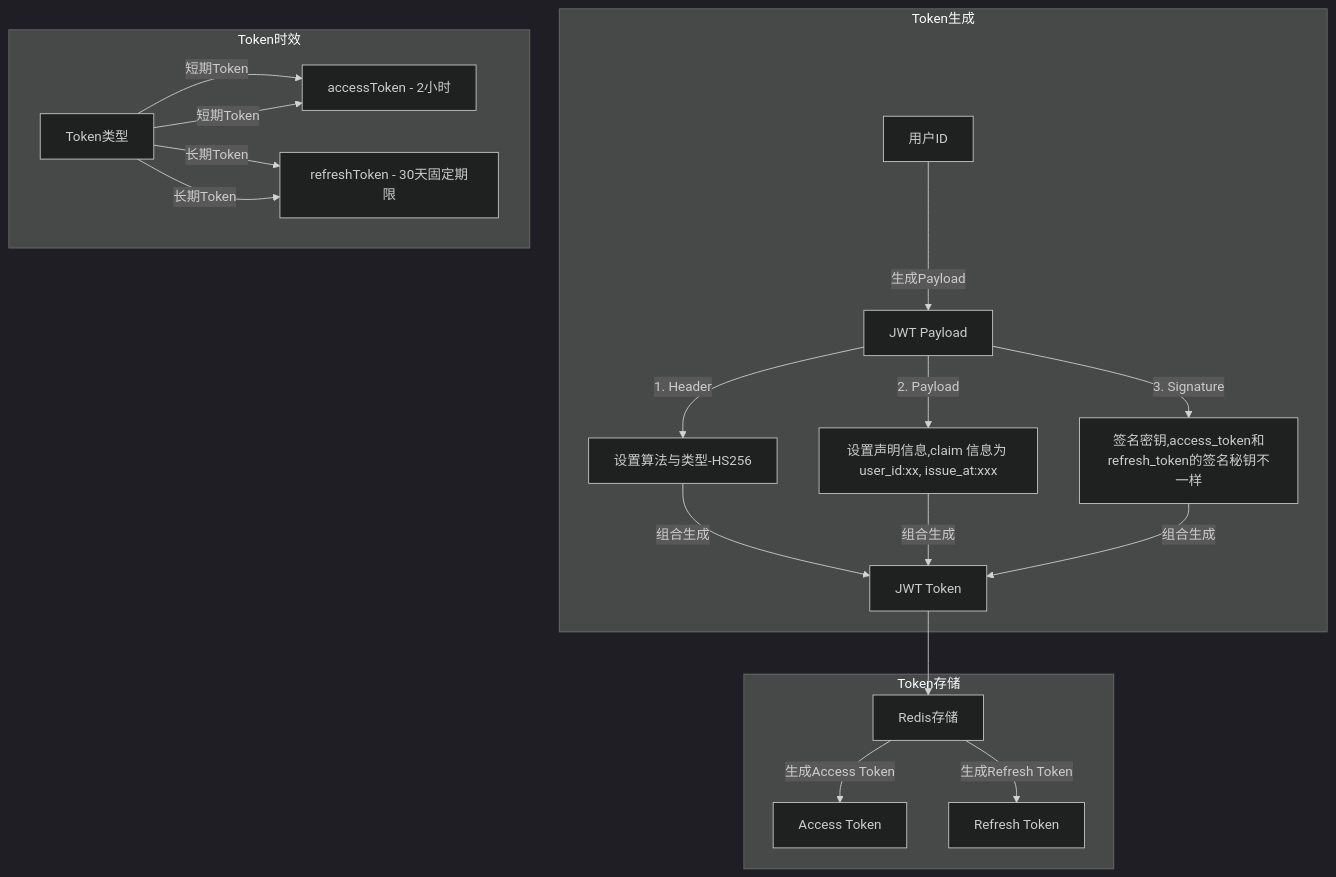
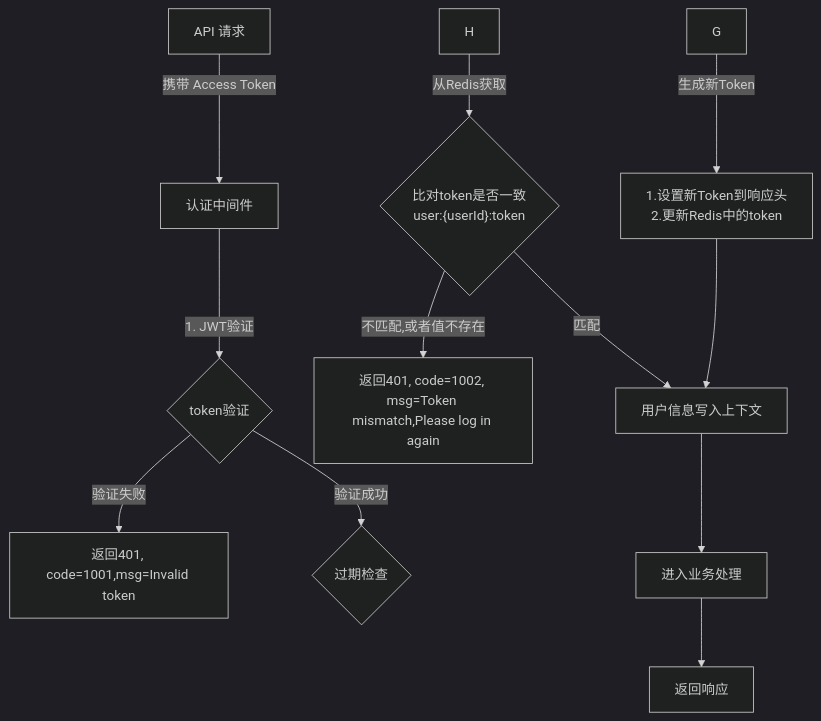
The diagram in all/未命名-16.md (yingjianzh/iodraw-files), drawn with Mermaid (dark theme) before and after one commit.

Commit message:
2025-01-08 14:51:27 update

````diff
--- a/all/未命名-16.md
+++ b/all/未命名-16.md
@@ -1,30 +1,20 @@
 ```mermaid
 
 flowchart TD
+    A[API 请求] -->|携带 Access Token| B[认证中间件]
+    B -->|1. JWT验证| C{token验证}
+    C -->|验证失败| D[返回401, code=1001,msg=Invalid token]
+    C -->|验证成功| F{过期检查}
     
-    subgraph Token时效
-        T[Token类型] -->|短期Token| M[accessToken - 2小时]
-        T -->|长期Token| J[refreshToken - 30天固定期限]
-    end
+    H -->|从Redis获取| I{"比对token是否一致
+    user:{userId}:token"}
+    I -->|不匹配,或者值不存在| J[返回401, code=1002, msg=Token mismatch,Please log in again]
+    I -->|匹配| K[用户信息写入上下文]
+    K --> L[进入业务处理]
+    L --> N[返回响应]
     
-    subgraph Token生成
-        A[用户ID] -->|生成Payload| B[JWT Payload]
-        B -->|1. Header| C[设置算法与类型-HS256]
-        B -->|2. Payload| D[设置声明信息,claim 信息为 user_id:xx, issue_at:xxx]
-        B -->|3. Signature| E[签名密钥,access_token和refresh_token的签名秘钥不一样]
-        C & D & E -->|组合生成| F[JWT Token]
-    end
-    
-    subgraph Token存储
-        F --> G[Redis存储]
-        G -->|生成Access Token| H[Access Token]
-        G -->|生成Refresh Token| I[Refresh Token]
-        
-    end
-
-    subgraph Token时效
-        T[Token类型] -->|短期Token| M[accessToken - 2小时]
-        T -->|长期Token| J[refreshToken - 30天固定期限]
-    end
+    G -->|生成新Token| M["1.设置新Token到响应头
+    2.更新Redis中的token"]
+    M --> K
 
 ```
````
